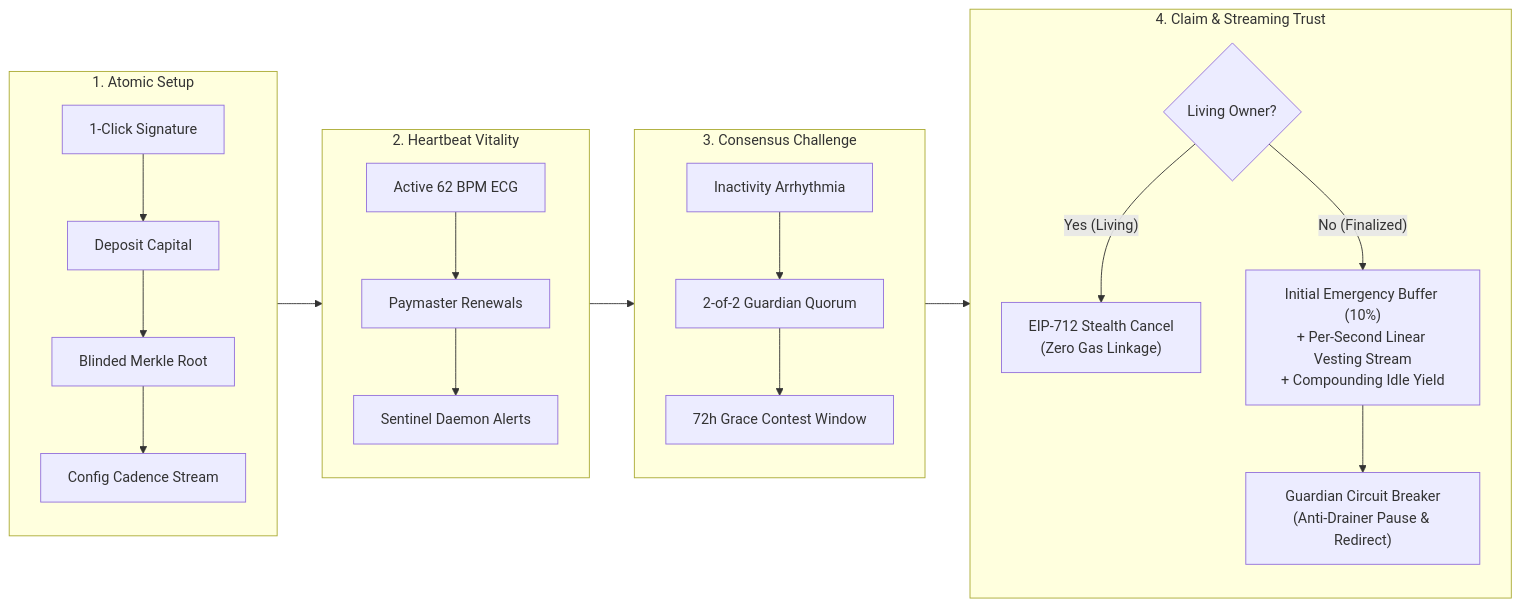
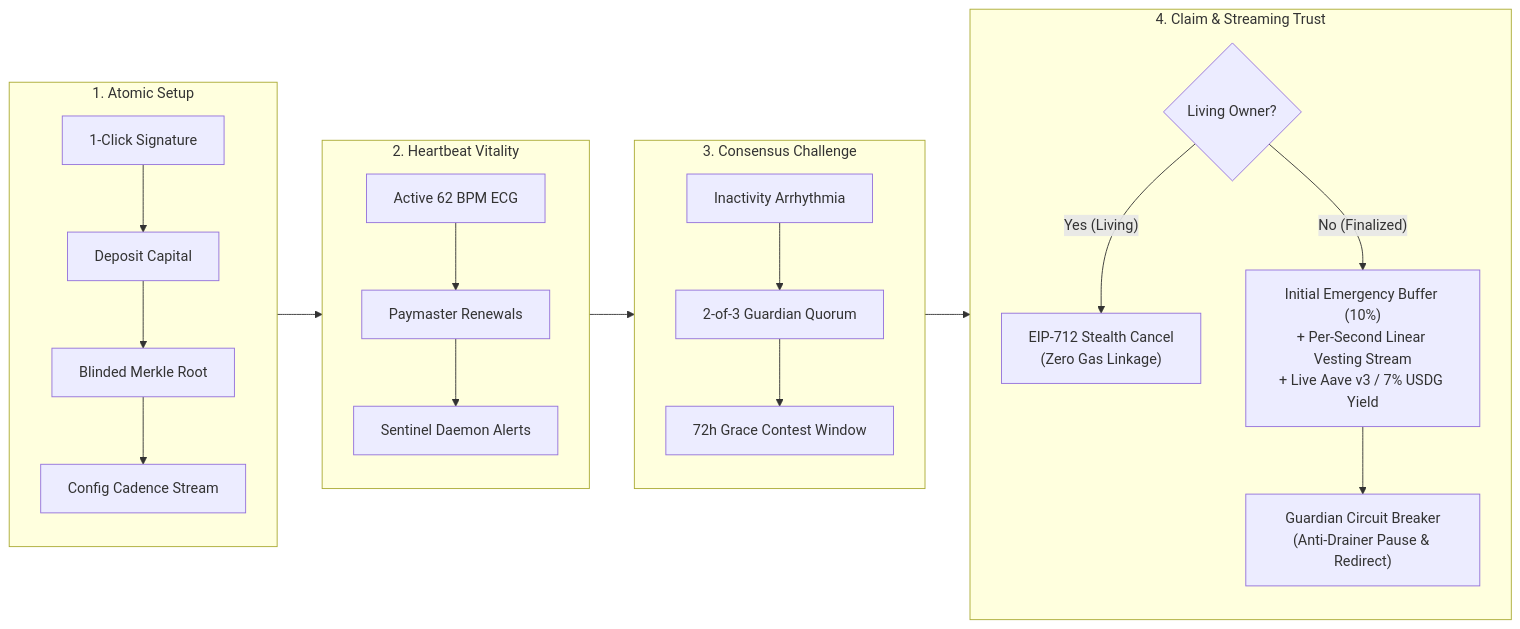
The diagram in PROJECT-SUBMISSION.md (Bobo2005/cadence), drawn with Mermaid before and after one commit. The commit also changed other lines of this file and 74 other files, not shown here.

````diff
--- a/PROJECT-SUBMISSION.md
+++ b/PROJECT-SUBMISSION.md
@@ -34,27 +78,27 @@
 ```mermaid
 flowchart LR
     subgraph S1["1. Atomic Setup"]
         A["1-Click Signature"] --> B["Deposit Capital"]
         B --> C["Blinded Merkle Root"]
         C --> D["Config Cadence Stream"]
     end
 
     subgraph S2["2. Heartbeat Vitality"]
         E["Active 62 BPM ECG"] --> F["Paymaster Renewals"]
         F --> G["Sentinel Daemon Alerts"]
     end
 
     subgraph S3["3. Consensus Challenge"]
-        H["Inactivity Arrhythmia"] --> I["2-of-2 Guardian Quorum"]
+        H["Inactivity Arrhythmia"] --> I["2-of-3 Guardian Quorum"]
         I --> J["72h Grace Contest Window"]
     end
 
     subgraph S4["4. Claim & Streaming Trust"]
         K{"Living Owner?"}
         K -- "Yes (Living)" --> L["EIP-712 Stealth Cancel<br/>(Zero Gas Linkage)"]
-        K -- "No (Finalized)" --> M["Initial Emergency Buffer (10%)<br/>+ Per-Second Linear Vesting Stream<br/>+ Compounding Idle Yield"]
+        K -- "No (Finalized)" --> M["Initial Emergency Buffer (10%)<br/>+ Per-Second Linear Vesting Stream<br/>+ Live Aave v3 / 7% USDG Yield"]
         M --> N["Guardian Circuit Breaker<br/>(Anti-Drainer Pause & Redirect)"]
     end
 
     S1 --> S2 --> S3 --> S4
 ```
````
